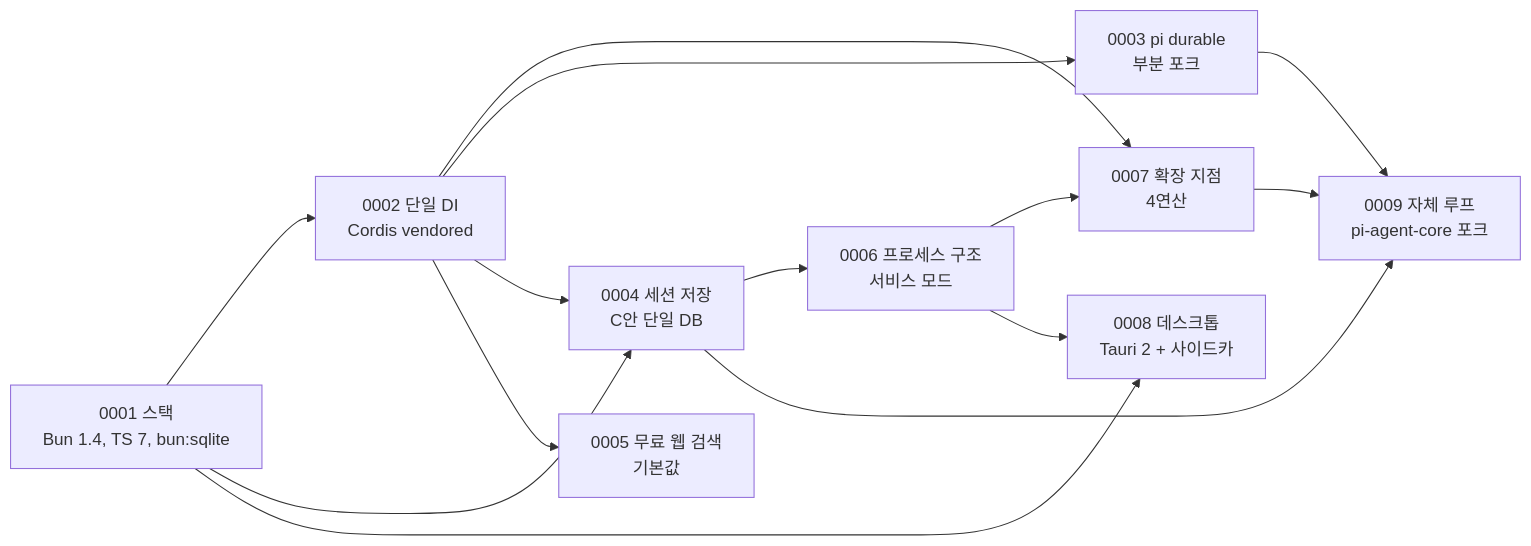
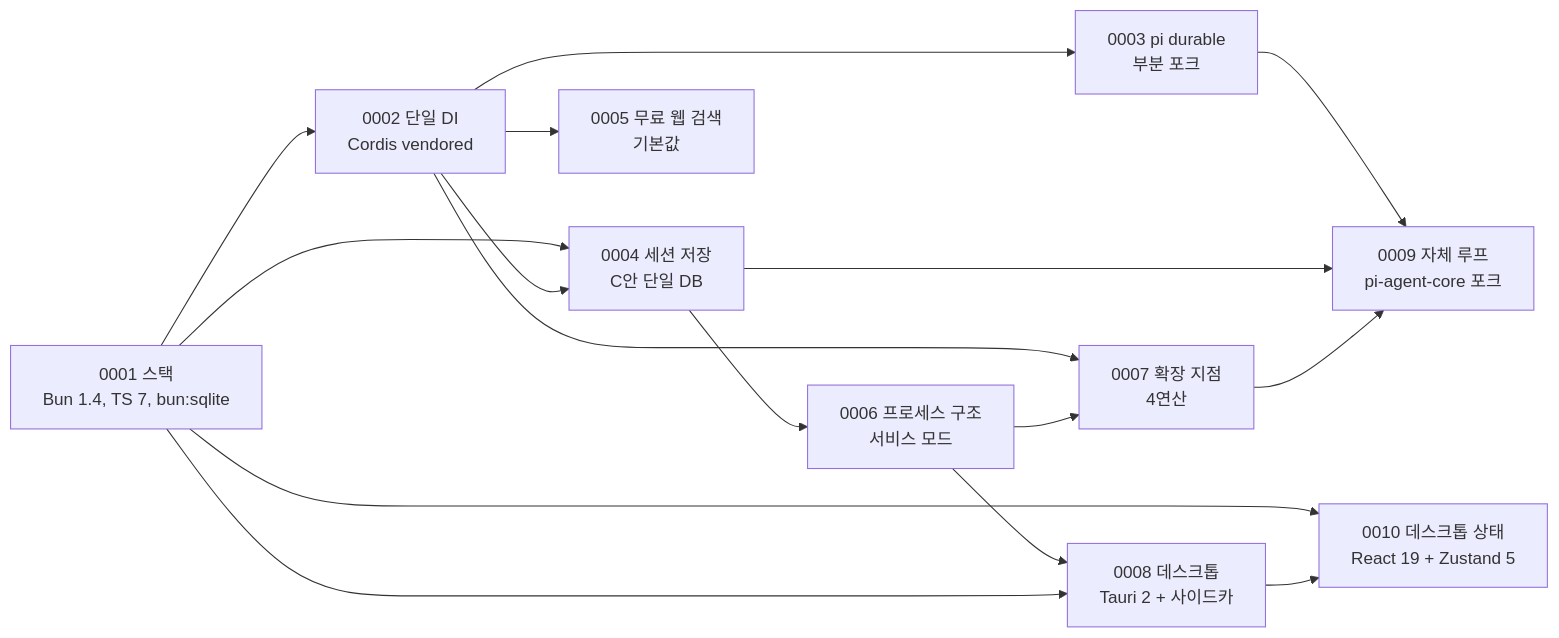
One commit to Rengod95/Helm-Agent_Docs_OS changed the diagram in docs/xeon/decisions/README.md. Above: the diagram before and after it, drawn with Mermaid. The commit also changed other lines of this file and 11 other files, not shown here.

First line of the commit message:
docs(xeon): 데스크톱 프런트엔드 상태를 React 19 + Zustand 5로 정하고 전역 상태 규칙과 상태 모델을 더한다

````diff
--- a/docs/xeon/decisions/README.md
+++ b/docs/xeon/decisions/README.md
@@ -93,26 +94,29 @@
 ```mermaid
 flowchart LR
   A1["0001 스택<br/>Bun 1.4, TS 7, bun:sqlite"]
   A2["0002 단일 DI<br/>Cordis vendored"]
   A3["0003 pi durable<br/>부분 포크"]
   A4["0004 세션 저장<br/>C안 단일 DB"]
   A5["0005 무료 웹 검색<br/>기본값"]
   A6["0006 프로세스 구조<br/>서비스 모드"]
   A7["0007 확장 지점<br/>4연산"]
   A8["0008 데스크톱<br/>Tauri 2 + 사이드카"]
   A9["0009 자체 루프<br/>pi-agent-core 포크"]
+  A10["0010 데스크톱 상태<br/>React 19 + Zustand 5"]
 
   A1 --> A2
   A2 --> A7
   A2 --> A3
   A1 --> A4
   A2 --> A4
   A2 --> A5
   A4 --> A6
   A6 --> A7
   A6 --> A8
   A1 --> A8
   A3 --> A9
   A4 --> A9
   A7 --> A9
+  A1 --> A10
+  A8 --> A10
 ```
````
